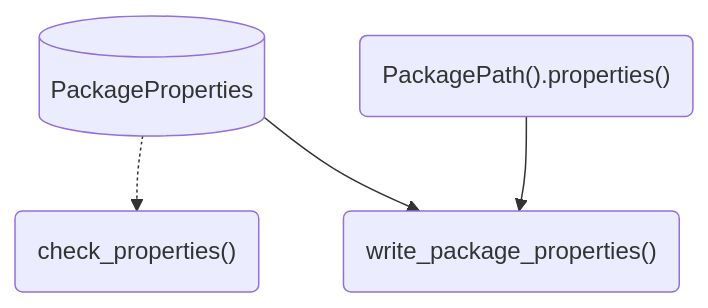
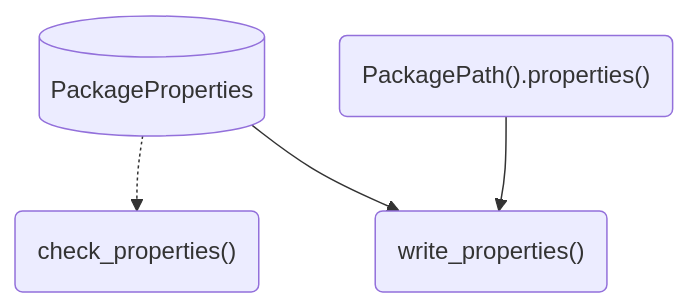
Before and after one commit to signekb/seedcase-sprout: the first of 9 diagrams in docs/design/interface/flows.qmd, drawn with Mermaid. The commit also changed other lines of this file, not shown here.

First line of the commit message:
docs: :memo: edit Flows page (#1400)

````diff
--- a/docs/design/interface/flows.qmd
+++ b/docs/design/interface/flows.qmd
@@ -49,14 +45,14 @@
 ```{mermaid}
 %%| label: fig-flow-new-package
 %%| fig-cap: "Diagram showing the flow of objects and functions to create a new package."
 %%| fig-alt: "A flow diagram showing the steps to making a new package."
 flowchart
     properties[(PackageProperties)]
     path_properties("PackagePath().properties()")
     check_properties("check_properties()")
-    write_package_properties("write_package_properties()")
+    write_properties("write_properties()")
 
     properties -.-> check_properties
-    properties --> write_package_properties
-    path_properties --> write_package_properties
+    properties --> write_properties
+    path_properties --> write_properties
 ```
````
